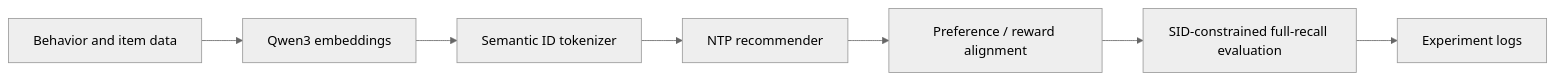
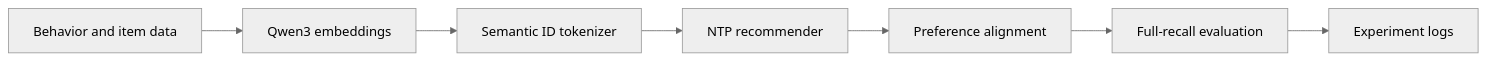
The second of 2 diagrams in README.md (yzq986/nanoGenRec), drawn with Mermaid (neutral theme) before and after one commit. The commit also changed other lines of this file and 4 other files, not shown here.

````diff
--- a/README.md
+++ b/README.md
@@ -66,9 +126,9 @@
 ```mermaid
 graph LR
     A["Behavior and item data"] --> B["Qwen3 embeddings"]
     B --> C["Semantic ID tokenizer"]
     C --> D["NTP recommender"]
-    D --> E["Preference / reward alignment"]
-    E --> F["SID-constrained full-recall evaluation"]
+    D --> E["Preference alignment"]
+    E --> F["Full-recall evaluation"]
     F --> G["Experiment logs"]
 ```
````
